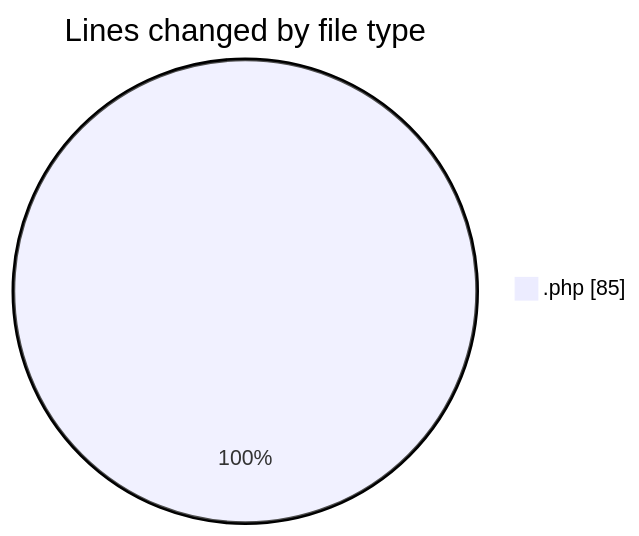
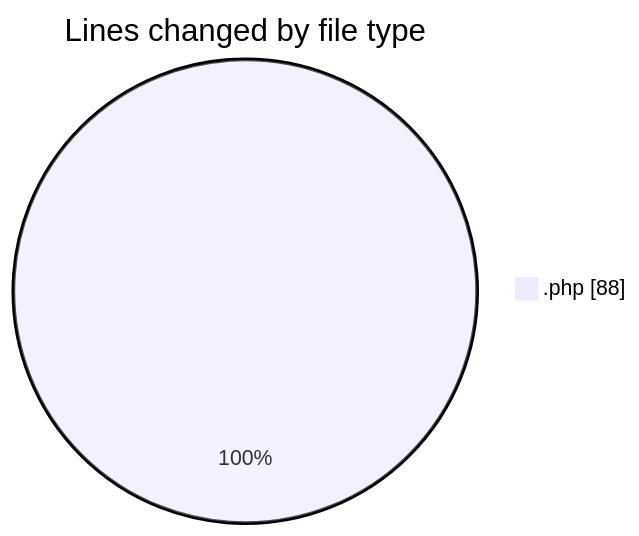
Before and after one commit to idhammustaqopulfikri/code-tracking: the first of 2 diagrams in 2025-03-31/autodidak/README.md, drawn with Mermaid. The commit also changed other lines of this file and 1 other file, not shown here.

````diff
--- a/2025-03-31/autodidak/README.md
+++ b/2025-03-31/autodidak/README.md
@@ -21,5 +21,5 @@
 ```mermaid
 pie showData
 title Lines changed by file type
-".php" : 85
+".php" : 88
 ```
````
